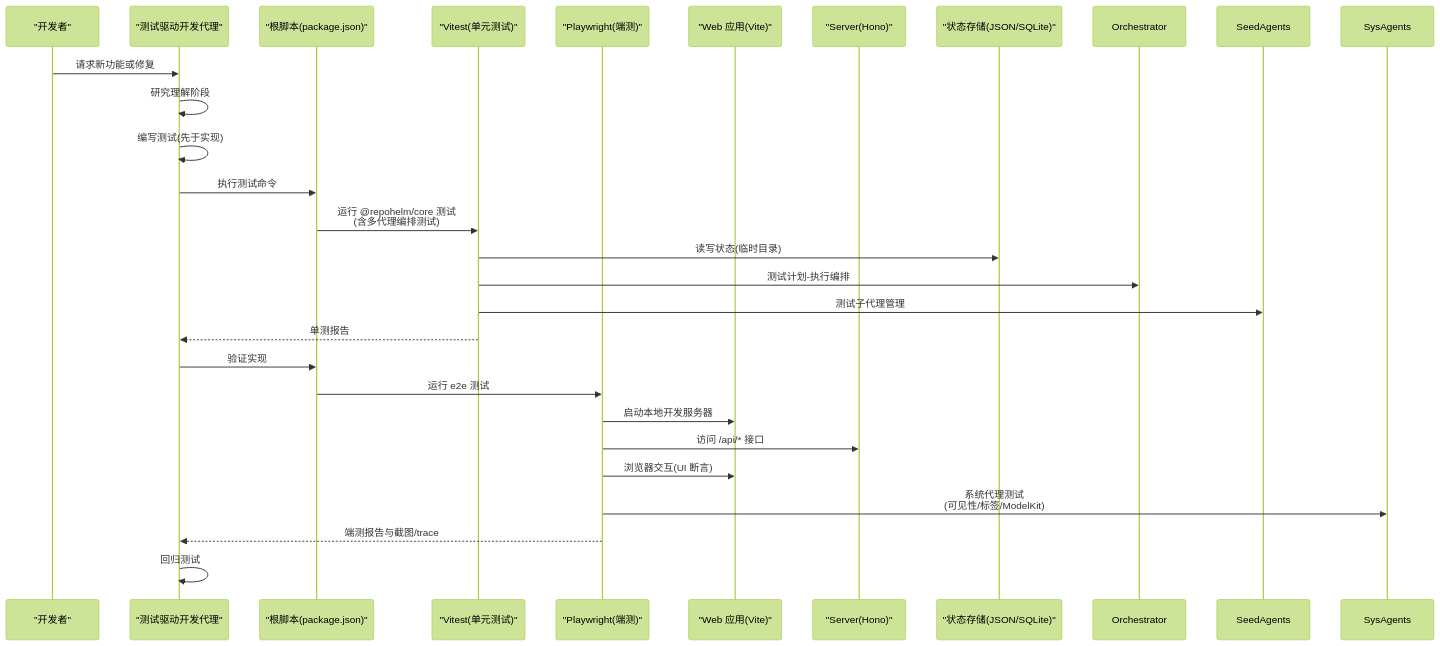
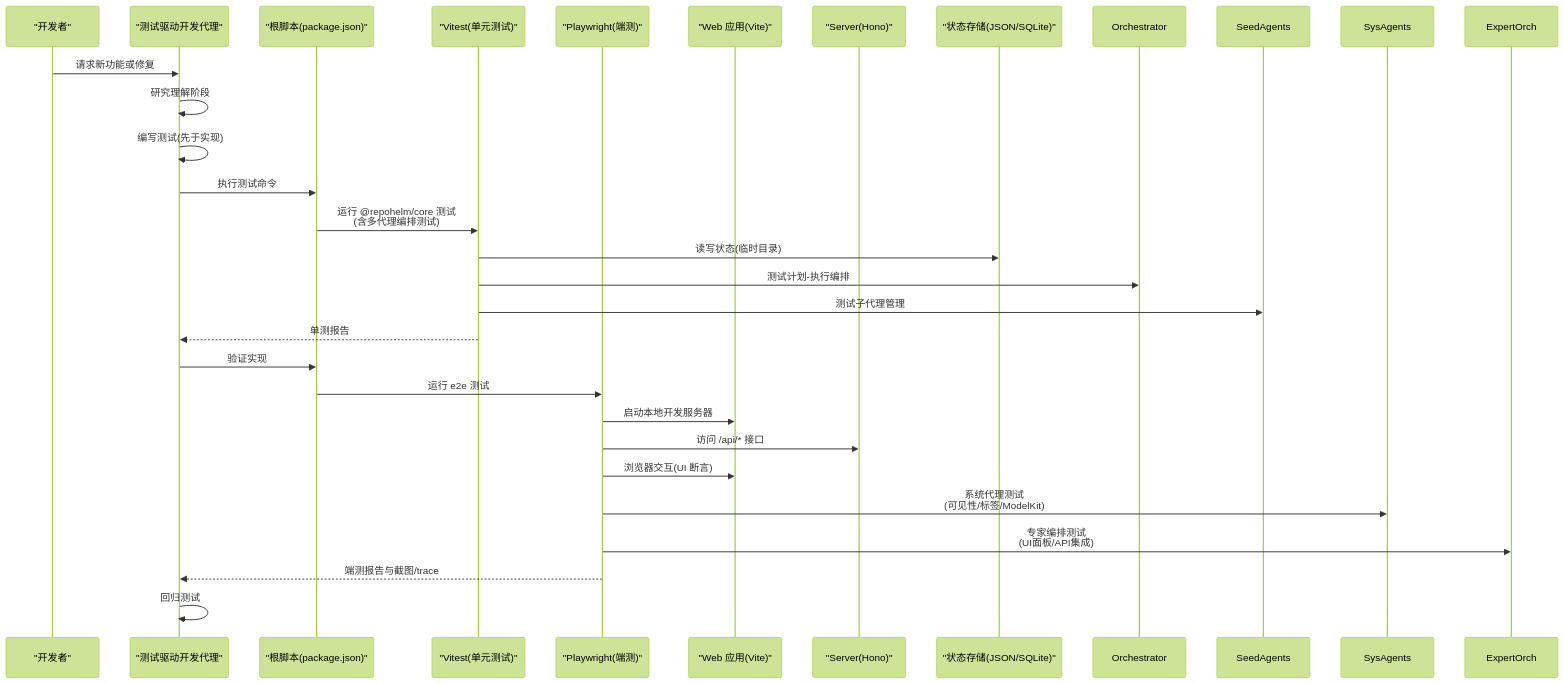
One commit to coconilu/RepoHelm changed the second of 12 diagrams in .qoder/repowiki/zh/content/测试策略/测试策略.md. Above: the diagram before and after it, drawn with Mermaid (forest theme). The commit also changed other lines of this file and 14 other files, not shown here.

````diff
--- a/.qoder/repowiki/zh/content/测试策略/测试策略.md
+++ b/.qoder/repowiki/zh/content/测试策略/测试策略.md
@@ -143,28 +155,29 @@
 ```mermaid
 sequenceDiagram
 participant Dev as "开发者"
 participant TestAgent as "测试驱动开发代理"
 participant Root as "根脚本(package.json)"
 participant Vitest as "Vitest(单元测试)"
 participant PW as "Playwright(端测)"
 participant Web as "Web 应用(Vite)"
 participant Srv as "Server(Hono)"
 participant Store as "状态存储(JSON/SQLite)"
 Dev->>TestAgent : 请求新功能或修复
 TestAgent->>TestAgent : 研究理解阶段
 TestAgent->>TestAgent : 编写测试(先于实现)
 TestAgent->>Root : 执行测试命令
 Root->>Vitest : 运行 @repohelm/core 测试<br/>(含多代理编排测试)
 Vitest->>Store : 读写状态(临时目录)
 Vitest->>Orchestrator : 测试计划-执行编排
 Vitest->>SeedAgents : 测试子代理管理
 Vitest-->>TestAgent : 单测报告
 TestAgent->>Root : 验证实现
 Root->>PW : 运行 e2e 测试
 PW->>Web : 启动本地开发服务器
 PW->>Srv : 访问 /api/* 接口
 PW->>Web : 浏览器交互(UI 断言)
 PW->>SysAgents : 系统代理测试<br/>(可见性/标签/ModelKit)
+PW->>ExpertOrch : 专家编排测试<br/>(UI面板/API集成)
 PW-->>TestAgent : 端测报告与截图/trace
 TestAgent->>TestAgent : 回归测试
 ```
````
